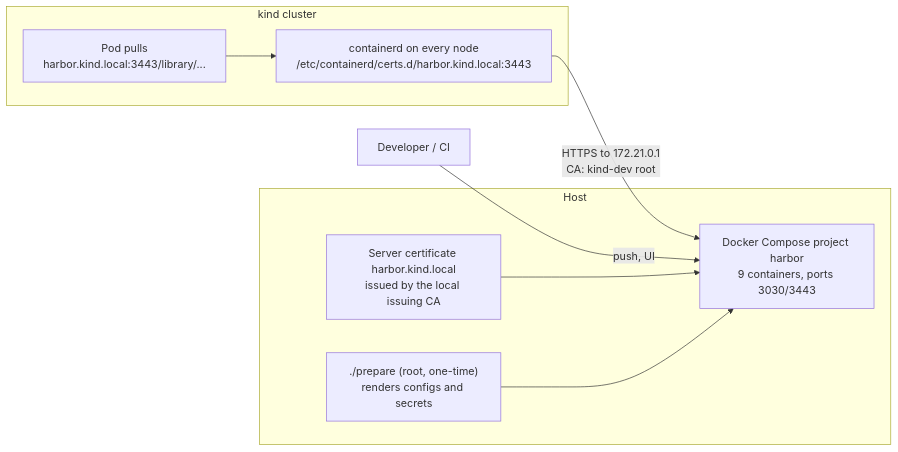
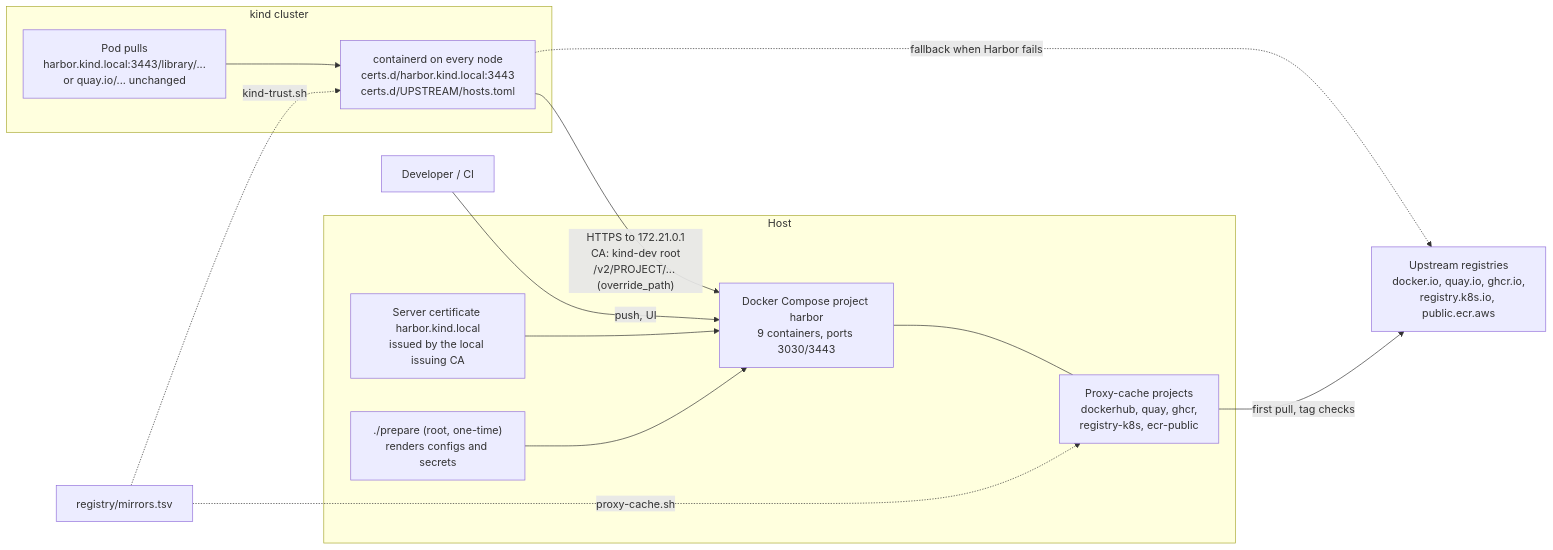
The third of 6 diagrams in architecture.md (leopold2410/devcluster), drawn with Mermaid before and after one commit. The commit also changed other lines of this file and 2 other files, not shown here.

First line of the commit message:
Document update-setup-07: Harbor mirrors in architecture.md, README and the plan

````diff
--- a/architecture.md
+++ b/architecture.md
@@ -148,18 +153,26 @@
 ```mermaid
 flowchart LR
     subgraph hostside["Host"]
         compose["Docker Compose project harbor<br/>9 containers, ports 3030/3443"]
+        proxies["Proxy-cache projects<br/>dockerhub, quay, ghcr,<br/>registry-k8s, ecr-public"]
         cert["Server certificate harbor.kind.local<br/>issued by the local issuing CA"]
         prep["./prepare (root, one-time)<br/>renders configs and secrets"]
     end
     subgraph clusterside["kind cluster"]
-        containerd["containerd on every node<br/>/etc/containerd/certs.d/harbor.kind.local:3443"]
-        pod["Pod pulls<br/>harbor.kind.local:3443/library/..."]
+        containerd["containerd on every node<br/>certs.d/harbor.kind.local:3443<br/>certs.d/UPSTREAM/hosts.toml"]
+        pod["Pod pulls<br/>harbor.kind.local:3443/library/...<br/>or quay.io/... unchanged"]
     end
+    upstream["Upstream registries<br/>docker.io, quay.io, ghcr.io,<br/>registry.k8s.io, public.ecr.aws"]
+    table["registry/mirrors.tsv"]
 
     prep --> compose
     cert --> compose
-    containerd -->|"HTTPS to 172.21.0.1<br/>CA: kind-dev root"| compose
+    compose --- proxies
+    proxies -->|"first pull, tag checks"| upstream
+    containerd -->|"HTTPS to 172.21.0.1<br/>CA: kind-dev root<br/>/v2/PROJECT/... (override_path)"| compose
+    containerd -.->|"fallback when Harbor fails"| upstream
     pod --> containerd
     dev["Developer / CI"] -->|"push, UI"| compose
+    table -.->|"proxy-cache.sh"| proxies
+    table -.->|"kind-trust.sh"| containerd
 ```
````
